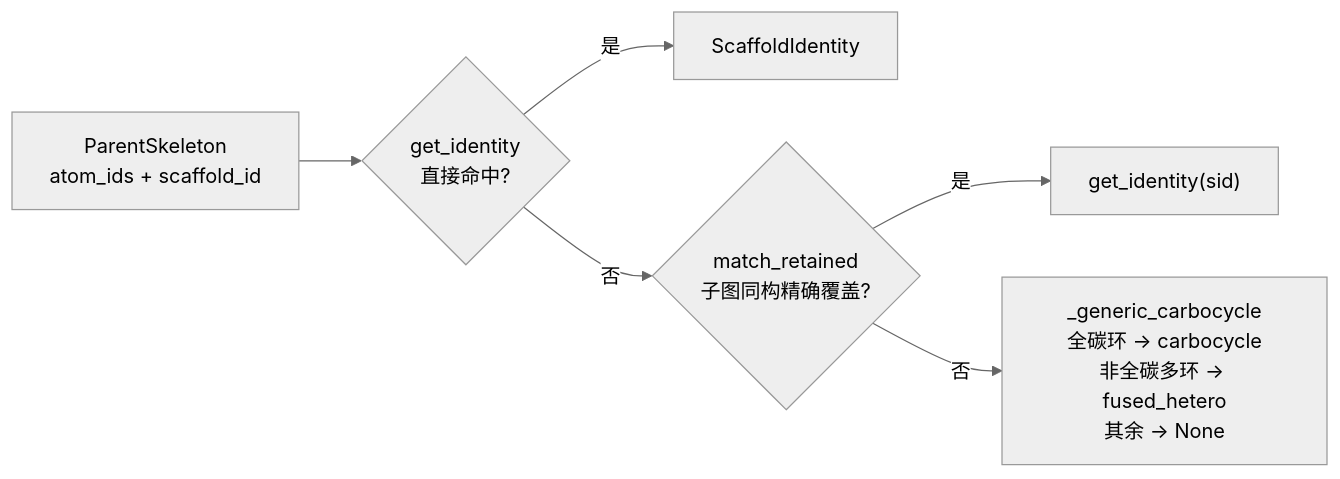
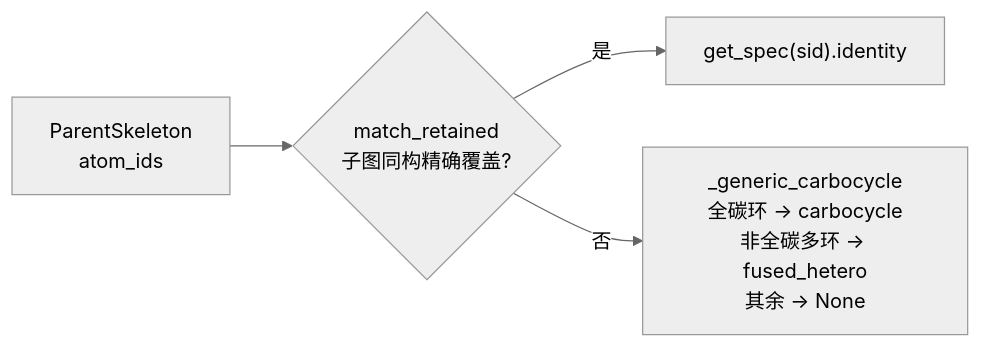
Before and after one commit to zouxiaofei1/OpenSMILES: the third of 4 diagrams in docs/wiki/architecture/layer2-parent-selector.md, drawn with Mermaid (neutral theme). The commit also changed other lines of this file and 20 other files, not shown here.

````diff
--- a/docs/wiki/architecture/layer2-parent-selector.md
+++ b/docs/wiki/architecture/layer2-parent-selector.md
@@ -141,8 +156,6 @@
 ```mermaid
 flowchart LR
-    A["ParentSkeleton<br/>atom_ids + scaffold_id"] --> B{"get_identity<br/>直接命中?"}
-    B -->|是| ID1["ScaffoldIdentity"]
-    B -->|否| C{"match_retained<br/>子图同构精确覆盖?"}
-    C -->|是| ID2["get_identity(sid)"]
+    A["ParentSkeleton<br/>atom_ids"] --> C{"match_retained<br/>子图同构精确覆盖?"}
+    C -->|是| ID2["get_spec(sid).identity"]
     C -->|否| D["_generic_carbocycle<br/>全碳环 → carbocycle<br/>非全碳多环 → fused_hetero<br/>其余 → None"]
 ```
````
